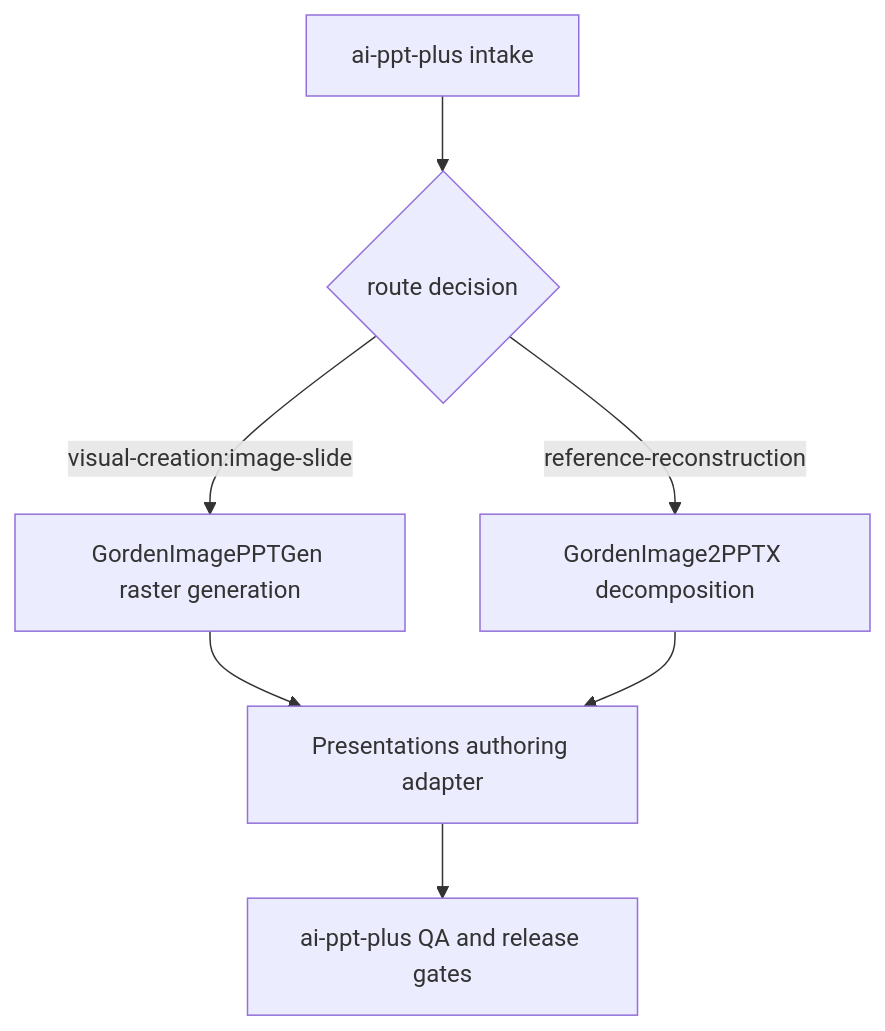
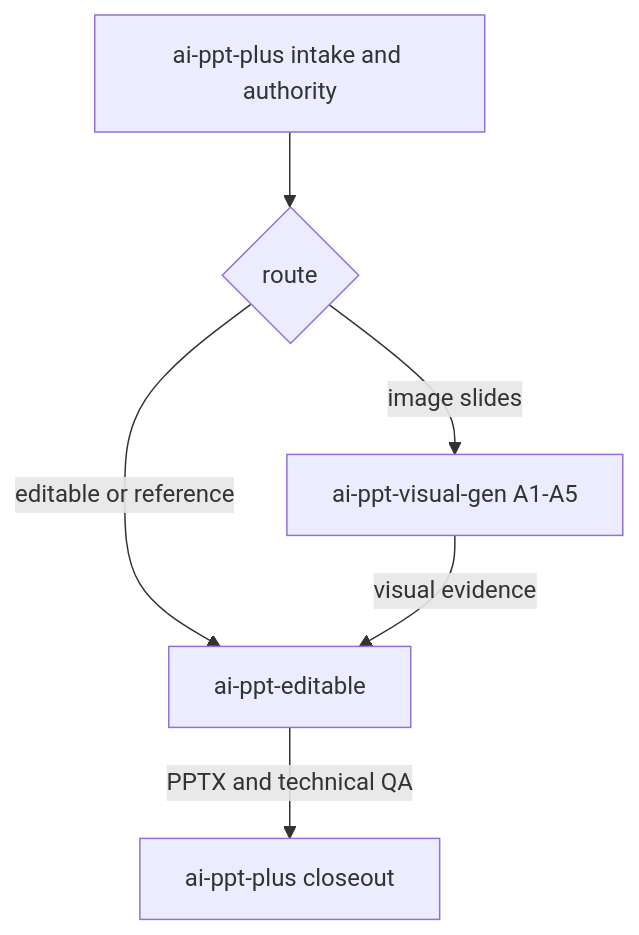
One commit to joeshu/ai-ppt-plus changed the diagram in references/skill-routing.md. Above: the diagram before and after it, drawn with Mermaid. The commit also changed other lines of this file and 185 other files, not shown here.

First line of the commit message:
Split ai-ppt-plus into three self-contained skills

````diff
--- a/references/skill-routing.md
+++ b/references/skill-routing.md
@@ -74,9 +71,8 @@
 ```mermaid
 flowchart TD
-    A[ai-ppt-plus intake] --> B{route decision}
-    B -->|visual-creation:image-slide| C[GordenImagePPTGen raster generation]
-    B -->|reference-reconstruction| D[GordenImage2PPTX decomposition]
-    C --> E[Presentations authoring adapter]
-    D --> E
-    E --> F[ai-ppt-plus QA and release gates]
+    A[ai-ppt-plus intake and authority] --> B{route}
+    B -->|image slides| C[ai-ppt-visual-gen A1-A5]
+    B -->|editable or reference| D[ai-ppt-editable]
+    C -->|visual evidence| D
+    D -->|PPTX and technical QA| E[ai-ppt-plus closeout]
 ```
````
